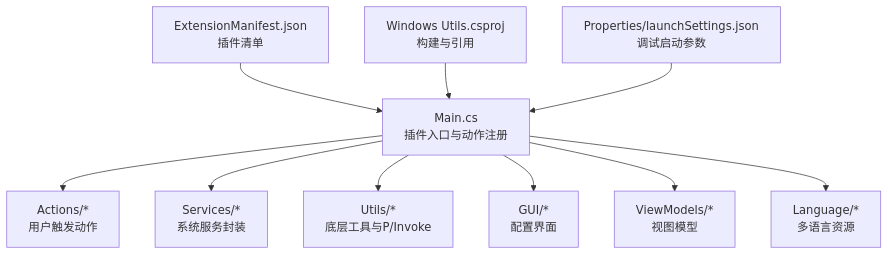
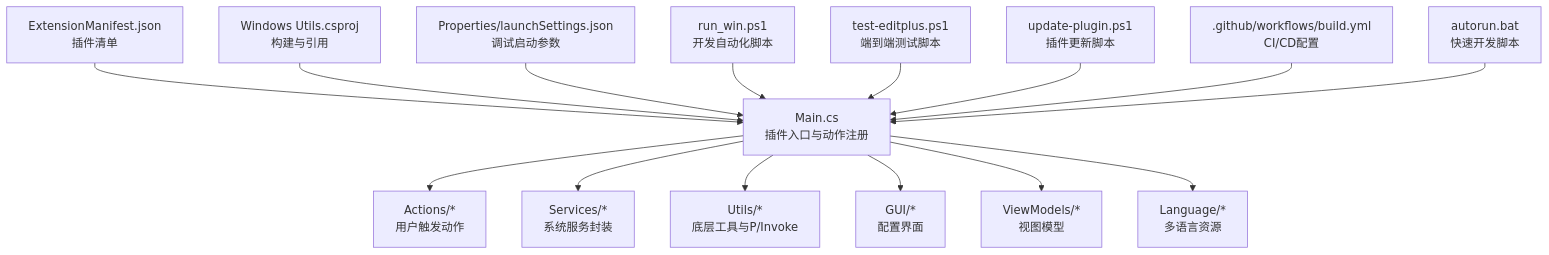
One commit to tea4go/Macro-Deck-Windows-Utils-Plugin changed the first of 17 diagrams in .qoder/repowiki/zh/content/开发者指南/测试与调试.md. Above: the diagram before and after it, drawn with Mermaid. The commit also changed other lines of this file and 30 other files, not shown here.

````diff
--- a/.qoder/repowiki/zh/content/开发者指南/测试与调试.md
+++ b/.qoder/repowiki/zh/content/开发者指南/测试与调试.md
@@ -44,12 +48,17 @@
 ```mermaid
 graph TB
 A["Main.cs<br/>插件入口与动作注册"] --> B["Actions/*<br/>用户触发动作"]
 A --> C["Services/*<br/>系统服务封装"]
 A --> D["Utils/*<br/>底层工具与P/Invoke"]
 A --> E["GUI/*<br/>配置界面"]
 A --> F["ViewModels/*<br/>视图模型"]
 A --> G["Language/*<br/>多语言资源"]
 H["ExtensionManifest.json<br/>插件清单"] --> A
 I["Windows Utils.csproj<br/>构建与引用"] --> A
 J["Properties/launchSettings.json<br/>调试启动参数"] --> A
+K["run_win.ps1<br/>开发自动化脚本"] --> A
+L["test-editplus.ps1<br/>端到端测试脚本"] --> A
+M["update-plugin.ps1<br/>插件更新脚本"] --> A
+N[".github/workflows/build.yml<br/>CI/CD配置"] --> A
+O["autorun.bat<br/>快速开发脚本"] --> A
 ```
````
